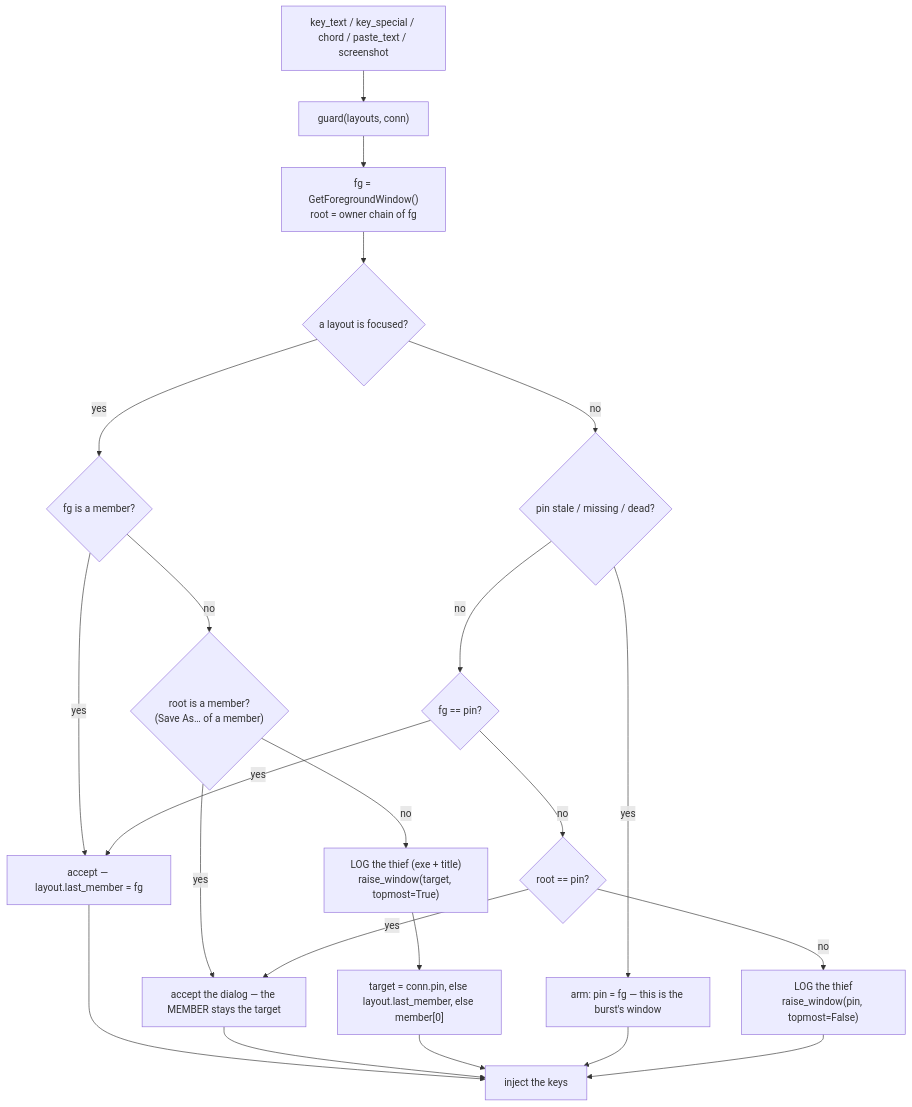
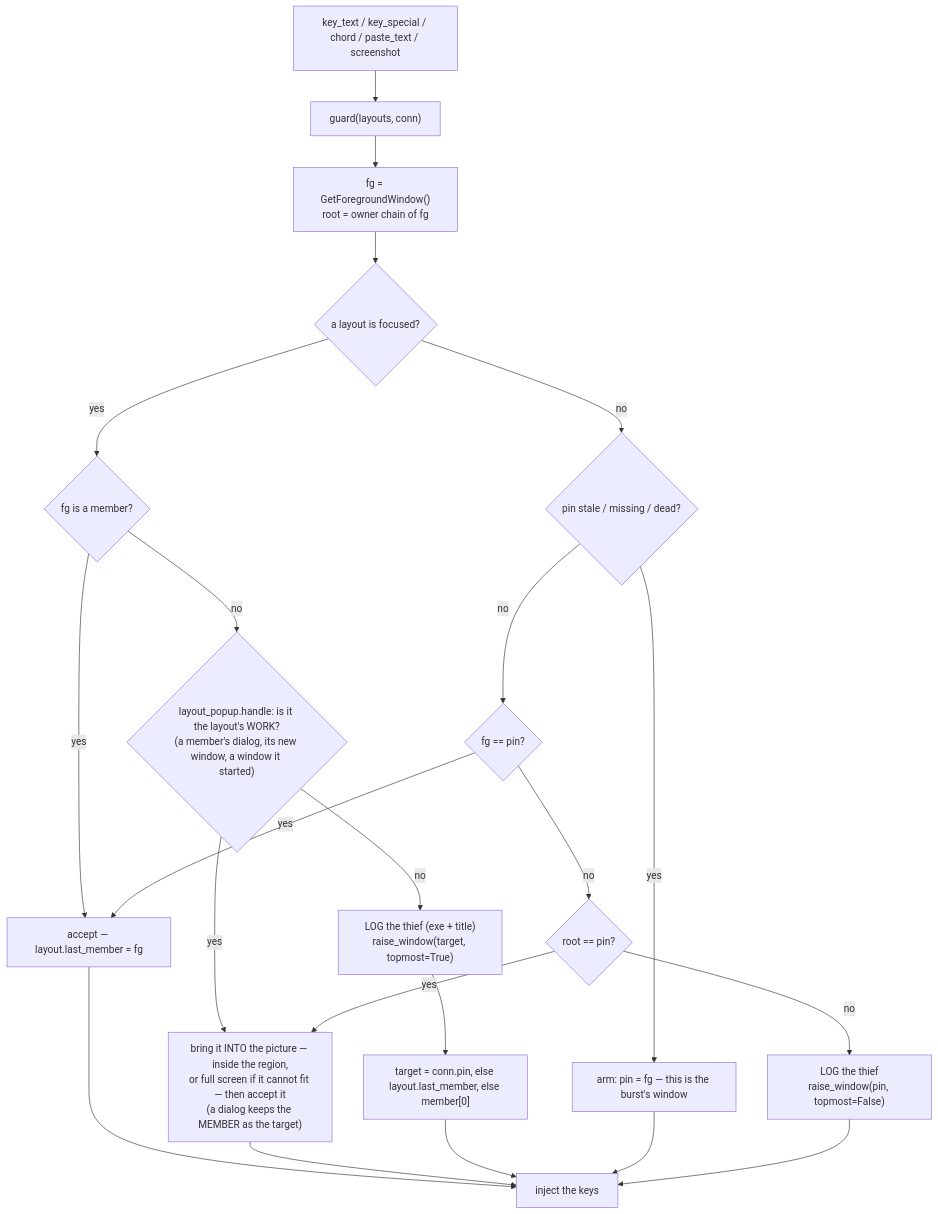
The first of 5 diagrams in server/__flow/focus_guard.md (UVuruna/Remote-User), drawn with Mermaid before and after one commit. The commit also changed other lines of this file and 10 other files, not shown here.

First line of the commit message:
0.0.415 A window the layout's work opens is OFFERED, never lost and never grabbed

````diff
--- a/server/__flow/focus_guard.md
+++ b/server/__flow/focus_guard.md
@@ -7,24 +7,24 @@
 ```mermaid
 flowchart TB
     A["key_text / key_special / chord / paste_text / screenshot"] --> B["guard(layouts, conn)"]
     B --> C["fg = GetForegroundWindow()<br/>root = owner chain of fg"]
     C --> D{"a layout is focused?"}
     D -- yes --> E{"fg is a member?"}
     E -- yes --> F["accept — layout.last_member = fg"]
-    E -- no --> G{"root is a member?<br/>(Save As… of a member)"}
-    G -- yes --> H["accept the dialog — the MEMBER stays the target"]
+    E -- no --> G{"layout_popup.handle: is it the layout's WORK?<br/>(a member's dialog, its new window, a window it started)"}
+    G -- yes --> H["bring it INTO the picture — inside the region,<br/>or full screen if it cannot fit — then accept it<br/>(a dialog keeps the MEMBER as the target)"]
     G -- no --> I["LOG the thief (exe + title)<br/>raise_window(target, topmost=True)"]
     I --> J["target = conn.pin, else layout.last_member, else member[0]"]
     D -- no --> K{"pin stale / missing / dead?"}
     K -- yes --> L["arm: pin = fg — this is the burst's window"]
     K -- no --> M{"fg == pin?"}
     M -- yes --> F
     M -- no --> N{"root == pin?"}
     N -- yes --> H
     N -- no --> O["LOG the thief<br/>raise_window(pin, topmost=False)"]
     F --> P["inject the keys"]
     H --> P
     J --> P
     L --> P
     O --> P
 ```
````
